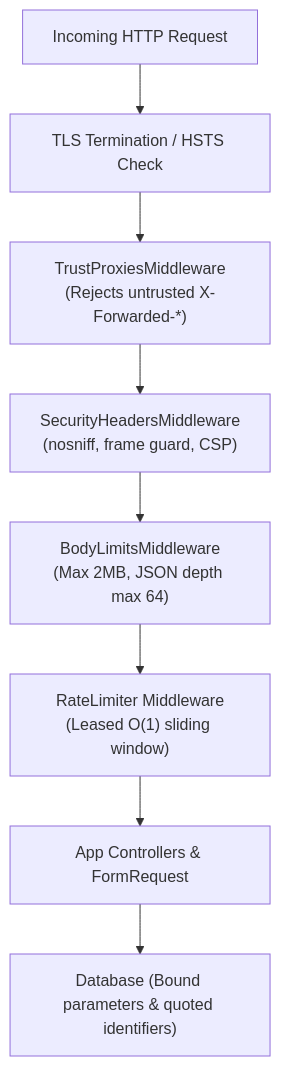
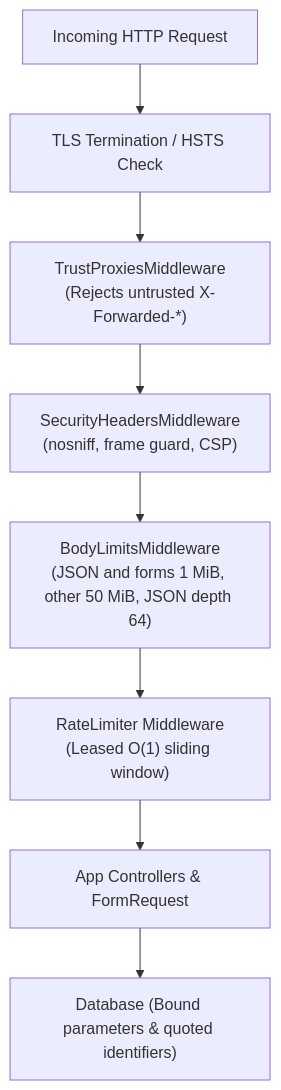
The diagram in docs/guide/security.md (daravel-dev/daravel), drawn with Mermaid before and after one commit. The commit also changed 20 other files, not shown here.

````diff
--- a/docs/guide/security.md
+++ b/docs/guide/security.md
@@ -25,10 +25,10 @@
 ```mermaid
 flowchart TD
     ClientReq["Incoming HTTP Request"] --> TLS["TLS Termination / HSTS Check"]
     TLS --> ProxyGuard["TrustProxiesMiddleware\n(Rejects untrusted X-Forwarded-*)"]
     ProxyGuard --> SecHeaders["SecurityHeadersMiddleware\n(nosniff, frame guard, CSP)"]
-    SecHeaders --> BodyGuard["BodyLimitsMiddleware\n(Max 2MB, JSON depth max 64)"]
+    SecHeaders --> BodyGuard["BodyLimitsMiddleware\n(JSON and forms 1 MiB, other 50 MiB, JSON depth 64)"]
     BodyGuard --> RateLimit["RateLimiter Middleware\n(Leased O(1) sliding window)"]
     RateLimit --> Pipeline["App Controllers & FormRequest"]
     Pipeline --> DB["Database (Bound parameters & quoted identifiers)"]
 ```
````
